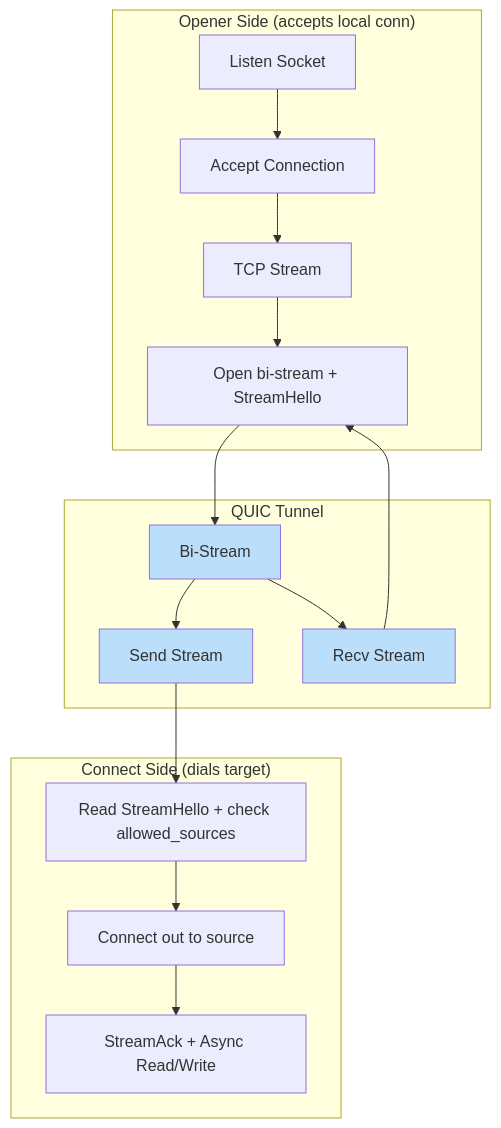
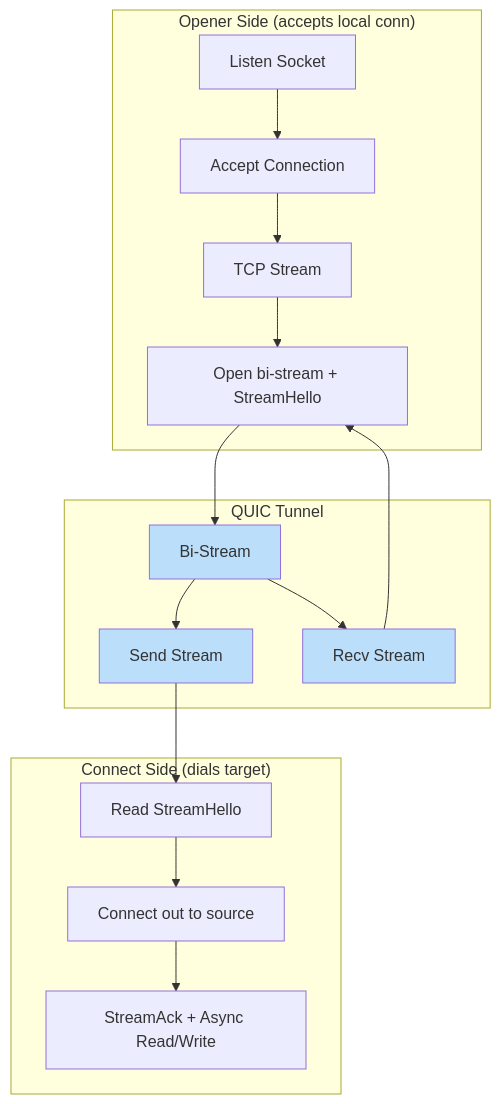
One commit to andrewtheguy/duopipe changed diagram 19 of 21 in docs/ARCHITECTURE.md. Above: the diagram before and after it, drawn with Mermaid. The commit also changed other lines of this file and 12 other files, not shown here.

````diff
--- a/docs/ARCHITECTURE.md
+++ b/docs/ARCHITECTURE.md
@@ -683,33 +675,33 @@
 ```mermaid
 graph TB
     subgraph "Opener Side (accepts local conn)"
         A[Listen Socket] --> B[Accept Connection]
         B --> C[TCP Stream]
         C --> D[Open bi-stream + StreamHello]
     end
 
     subgraph "QUIC Tunnel"
         E[Bi-Stream]
         F[Send Stream]
         G[Recv Stream]
     end
 
     subgraph "Connect Side (dials target)"
-        H[Read StreamHello + check allowed_sources]
+        H[Read StreamHello]
         I[Connect out to source]
         J[StreamAck + Async Read/Write]
     end
     
     D --> E
     E --> F
     E --> G
     
     F --> H
     H --> I
     I --> J
     G --> D
     
     style E fill:#BBDEFB
     style F fill:#BBDEFB
     style G fill:#BBDEFB
 ```
````
